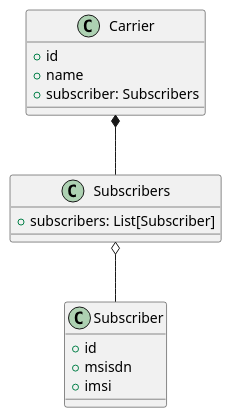
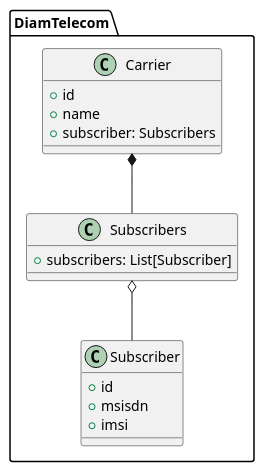
The diagram in diagrams/carrier.puml (bilotto/DiamTelecom), drawn with PlantUML before and after one commit. The commit also changed 9 other files, not shown here.

```diff
--- a/diagrams/carrier.puml
+++ b/diagrams/carrier.puml
@@ -1,23 +1,22 @@
 @startuml
-class Subscriber {
-    +id
-    +msisdn
-    +imsi
+package DiamTelecom {
+    class Subscriber {
+        +id
+        +msisdn
+        +imsi
+    }
+
+    class Subscribers {
+        +subscribers: List[Subscriber]
+    }
+
+    class Carrier {
+        +id
+        +name
+        +subscriber: Subscribers
+    }
+
+    Carrier *-- Subscribers
+    Subscribers o-- Subscriber
 }
-
-class Subscribers {
-  +subscribers: List[Subscriber]
-}
-
-Subscribers o-- Subscriber
-
-class Carrier {
-    +id
-    +name
-    +subscriber: Subscribers
-}
-
-Carrier *-- Subscribers
-
-
 @enduml
```
